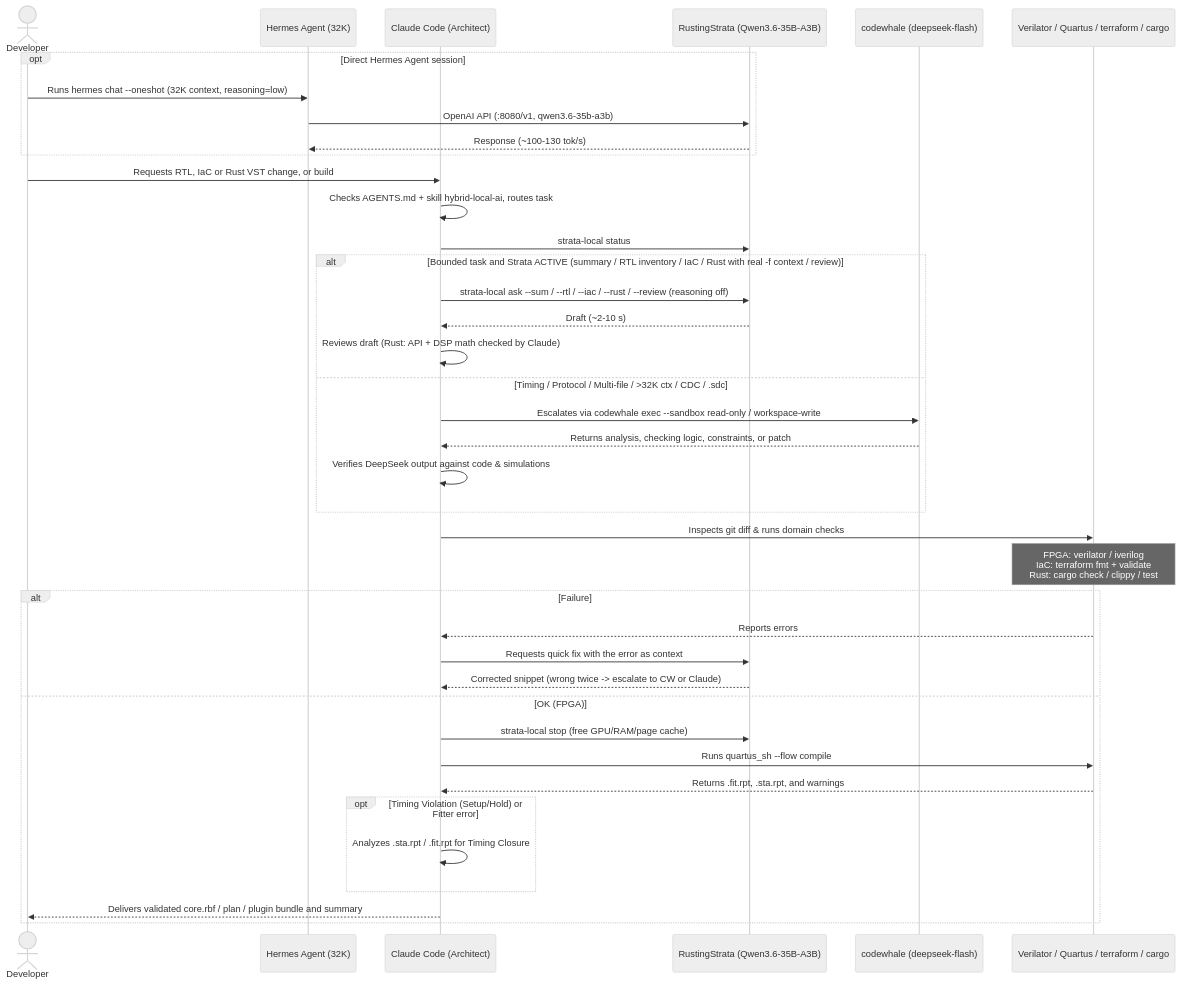
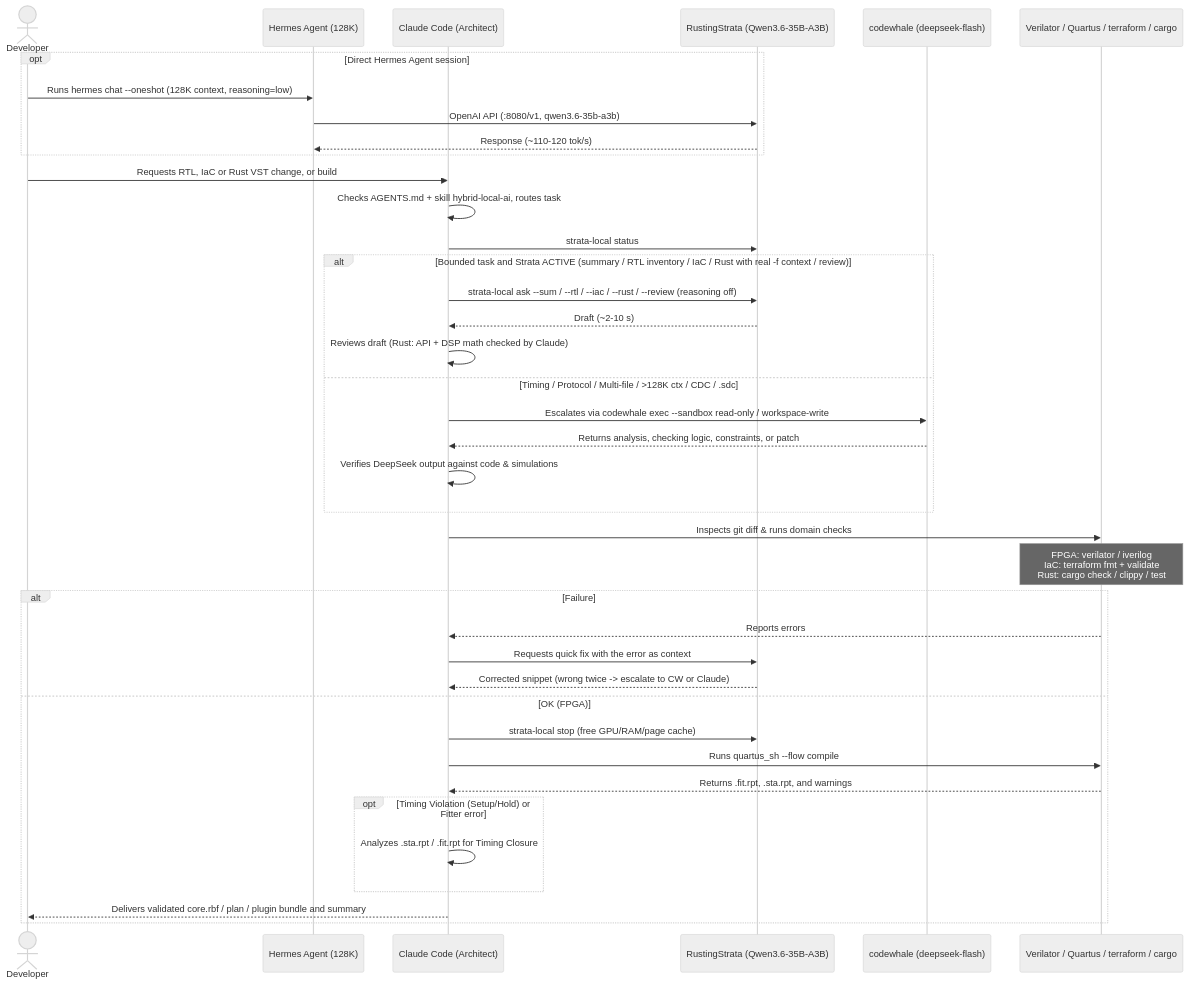
The second of 3 diagrams in docs/ai-fpga-workflow.md (DanimanX/9070FpgaIAWorkflow), drawn with Mermaid (neutral theme) before and after one commit. The commit also changed other lines of this file and 7 other files, not shown here.

````diff
--- a/docs/ai-fpga-workflow.md
+++ b/docs/ai-fpga-workflow.md
@@ -49,46 +49,46 @@
 ```mermaid
 sequenceDiagram
     actor Dev as Developer
-    participant Hermes as Hermes Agent (32K)
+    participant Hermes as Hermes Agent (128K)
     participant Claude as Claude Code (Architect)
     participant Strata as RustingStrata (Qwen3.6-35B-A3B)
     participant CW as codewhale (deepseek-flash)
     participant Tools as Verilator / Quartus / terraform / cargo
 
     opt Direct Hermes Agent session
-        Dev->>Hermes: Runs hermes chat --oneshot (32K context, reasoning=low)
+        Dev->>Hermes: Runs hermes chat --oneshot (128K context, reasoning=low)
         Hermes->>Strata: OpenAI API (:8080/v1, qwen3.6-35b-a3b)
-        Strata-->>Hermes: Response (~100-130 tok/s)
+        Strata-->>Hermes: Response (~110-120 tok/s)
     end
 
     Dev->>Claude: Requests RTL, IaC or Rust VST change, or build
     Claude->>Claude: Checks AGENTS.md + skill hybrid-local-ai, routes task
     Claude->>Strata: strata-local status
 
     alt Bounded task and Strata ACTIVE (summary / RTL inventory / IaC / Rust with real -f context / review)
         Claude->>Strata: strata-local ask --sum / --rtl / --iac / --rust / --review (reasoning off)
         Strata-->>Claude: Draft (~2-10 s)
         Claude->>Claude: Reviews draft (Rust: API + DSP math checked by Claude)
-    else Timing / Protocol / Multi-file / >32K ctx / CDC / .sdc
+    else Timing / Protocol / Multi-file / >128K ctx / CDC / .sdc
         Claude->>CW: Escalates via codewhale exec --sandbox read-only / workspace-write
         CW-->>Claude: Returns analysis, checking logic, constraints, or patch
         Claude->>Claude: Verifies DeepSeek output against code & simulations
     end
 
     Claude->>Tools: Inspects git diff & runs domain checks
     Note over Tools: FPGA: verilator / iverilog<br/>IaC: terraform fmt + validate<br/>Rust: cargo check / clippy / test
 
     alt Failure
         Tools-->>Claude: Reports errors
         Claude->>Strata: Requests quick fix with the error as context
         Strata-->>Claude: Corrected snippet (wrong twice -> escalate to CW or Claude)
     else OK (FPGA)
         Claude->>Strata: strata-local stop (free GPU/RAM/page cache)
         Claude->>Tools: Runs quartus_sh --flow compile
         Tools-->>Claude: Returns .fit.rpt, .sta.rpt, and warnings
         opt Timing Violation (Setup/Hold) or Fitter error
             Claude->>Claude: Analyzes .sta.rpt / .fit.rpt for Timing Closure
         end
         Claude-->>Dev: Delivers validated core.rbf / plan / plugin bundle and summary
     end
 ```
````
